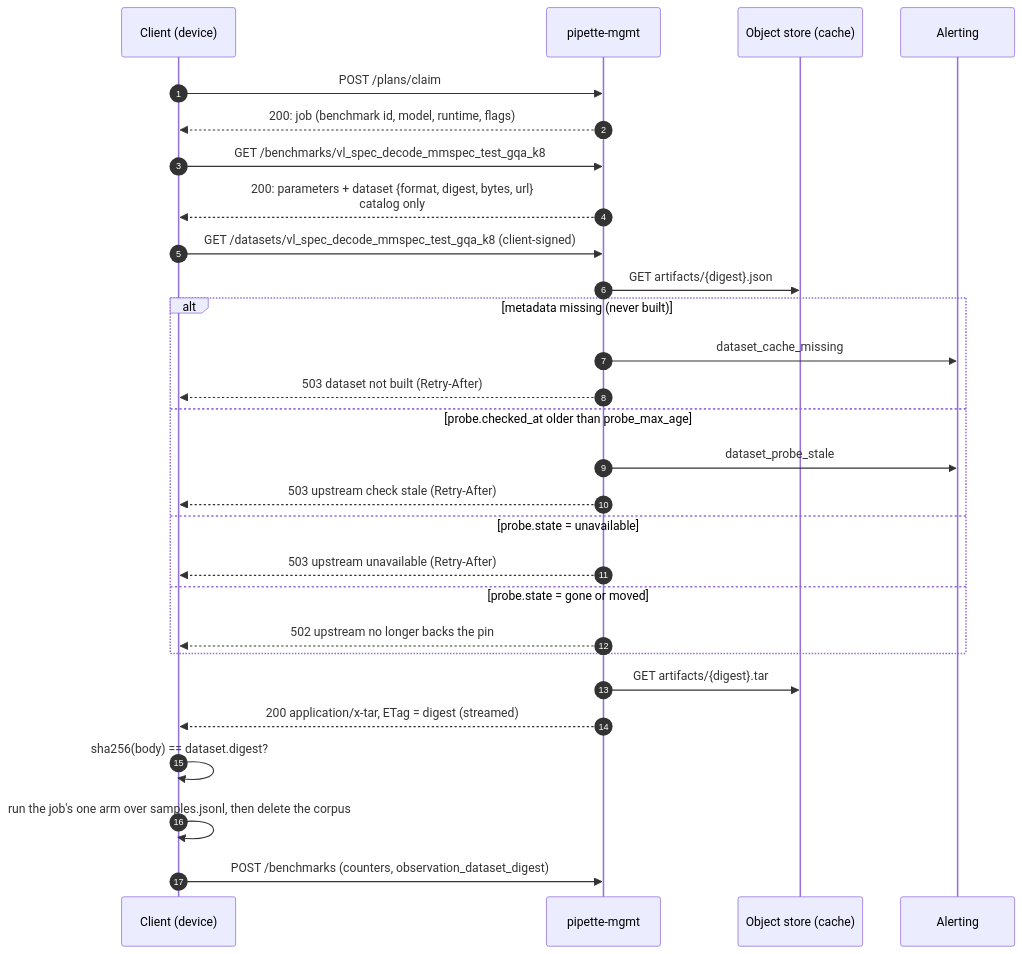
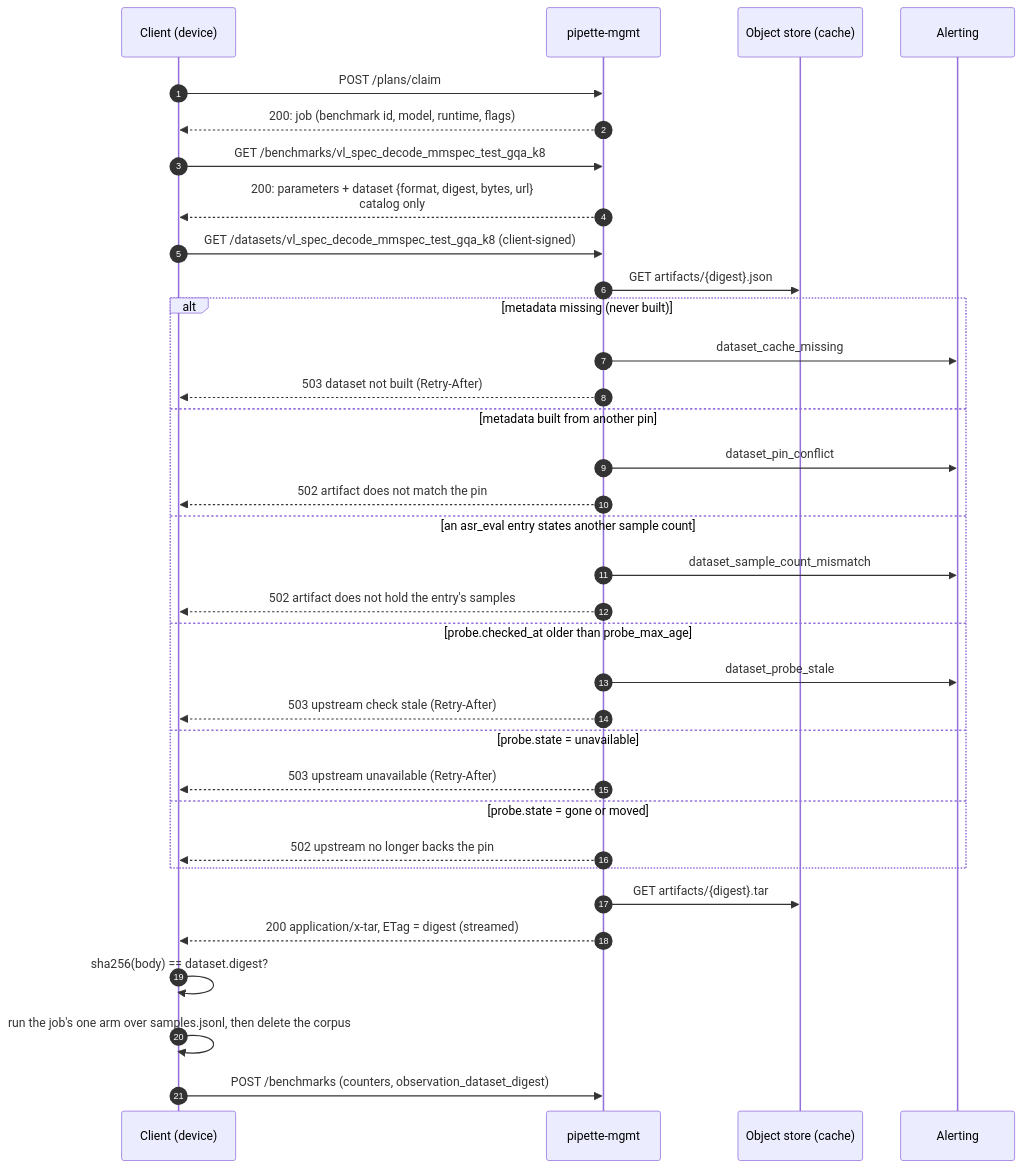
One commit to Liquid4All/pipette-mgmt changed the first of 3 diagrams in docs/design/vl-spec-decode-dataset-delivery.md. Above: the diagram before and after it, drawn with Mermaid. The commit also changed 432 other files, not shown here.

````diff
--- a/docs/design/vl-spec-decode-dataset-delivery.md
+++ b/docs/design/vl-spec-decode-dataset-delivery.md
@@ -59,34 +59,40 @@
 ```mermaid
 sequenceDiagram
     autonumber
     participant C as Client (device)
     participant M as pipette-mgmt
     participant S as Object store (cache)
     participant A as Alerting
 
     C->>M: POST /plans/claim
     M-->>C: 200: job (benchmark id, model, runtime, flags)
     C->>M: GET /benchmarks/vl_spec_decode_mmspec_test_gqa_k8
     M-->>C: 200: parameters + dataset {format, digest, bytes, url}<br/>catalog only
 
     C->>M: GET /datasets/vl_spec_decode_mmspec_test_gqa_k8 (client-signed)
     M->>S: GET artifacts/{digest}.json
     alt metadata missing (never built)
         M->>A: dataset_cache_missing
         M-->>C: 503 dataset not built (Retry-After)
+    else metadata built from another pin
+        M->>A: dataset_pin_conflict
+        M-->>C: 502 artifact does not match the pin
+    else an asr_eval entry states another sample count
+        M->>A: dataset_sample_count_mismatch
+        M-->>C: 502 artifact does not hold the entry's samples
     else probe.checked_at older than probe_max_age
         M->>A: dataset_probe_stale
         M-->>C: 503 upstream check stale (Retry-After)
     else probe.state = unavailable
         M-->>C: 503 upstream unavailable (Retry-After)
     else probe.state = gone or moved
         M-->>C: 502 upstream no longer backs the pin
     end
 
     M->>S: GET artifacts/{digest}.tar
     M-->>C: 200 application/x-tar, ETag = digest (streamed)
 
     C->>C: sha256(body) == dataset.digest?
     C->>C: run the job's one arm over samples.jsonl, then delete the corpus
     C->>M: POST /benchmarks (counters, observation_dataset_digest)
 ```
````
